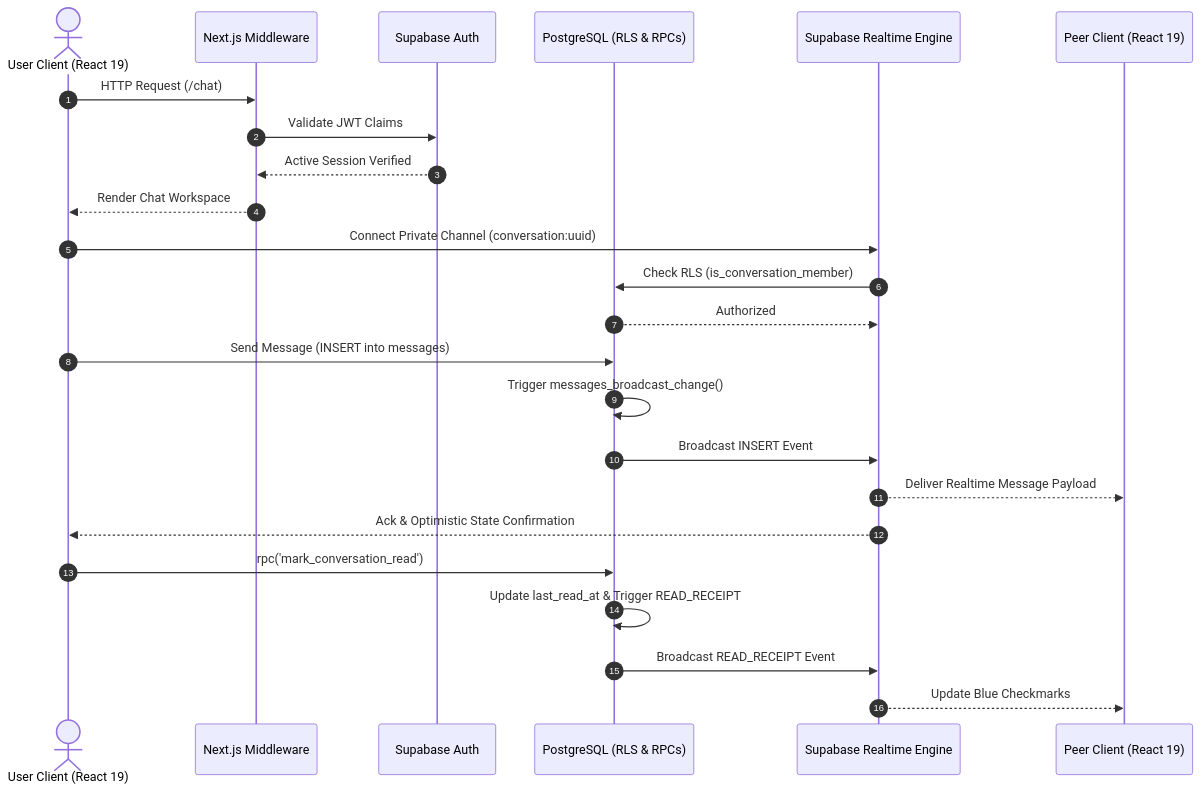
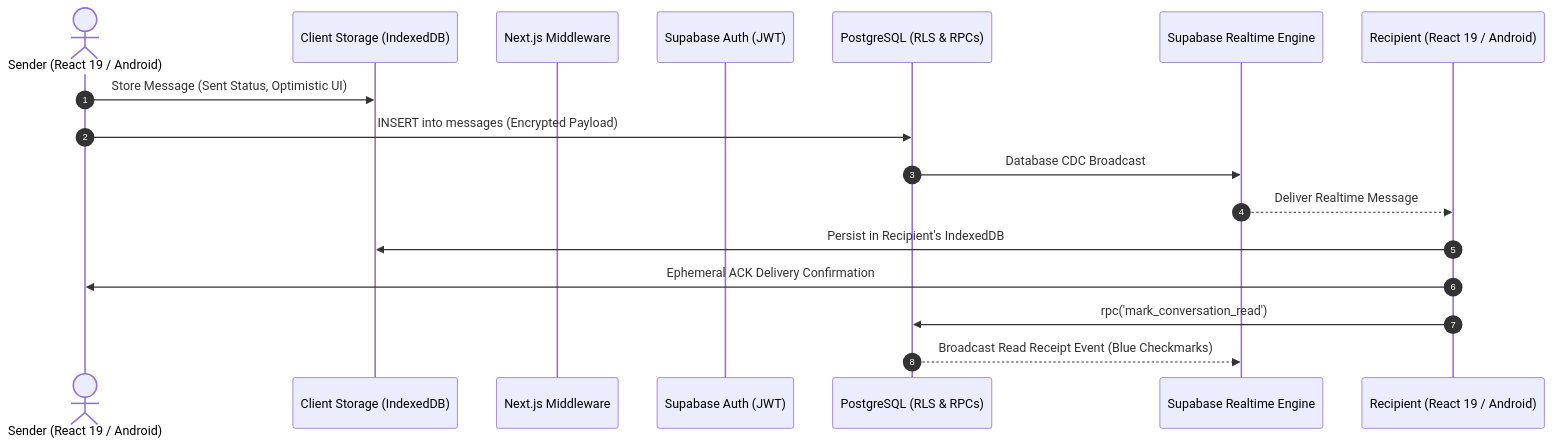
One commit to akashdebbarma06/Real-Time-Chat-Application changed the first of 2 diagrams in README.md. Above: the diagram before and after it, drawn with Mermaid. The commit also changed other lines of this file and 166 other files, not shown here.

Commit message:
feat: complete local-first architecture, mobile navigation, permissions, CI/CD, and docs

````diff
--- a/README.md
+++ b/README.md
@@ -18,30 +52,20 @@
 ```mermaid
 sequenceDiagram
     autonumber
-    actor User as User Client (React 19)
+    actor User as Sender (React 19 / Android)
+    participant ClientDB as Client Storage (IndexedDB)
     participant MW as Next.js Middleware
-    participant Auth as Supabase Auth
+    participant Auth as Supabase Auth (JWT)
     participant DB as PostgreSQL (RLS & RPCs)
     participant RT as Supabase Realtime Engine
-    participant Peer as Peer Client (React 19)
+    participant Peer as Recipient (React 19 / Android)
 
-    User->>MW: HTTP Request (/chat)
-    MW->>Auth: Validate JWT Claims
-    Auth-->>MW: Active Session Verified
-    MW-->>User: Render Chat Workspace
-
-    User->>RT: Connect Private Channel (conversation:uuid)
-    RT->>DB: Check RLS (is_conversation_member)
-    DB-->>RT: Authorized
-
-    User->>DB: Send Message (INSERT into messages)
-    DB->>DB: Trigger messages_broadcast_change()
-    DB->>RT: Broadcast INSERT Event
-    RT-->>Peer: Deliver Realtime Message Payload
-    RT-->>User: Ack & Optimistic State Confirmation
-
-    User->>DB: rpc('mark_conversation_read')
-    DB->>DB: Update last_read_at & Trigger READ_RECEIPT
-    DB->>RT: Broadcast READ_RECEIPT Event
-    RT-->>Peer: Update Blue Checkmarks
+    User->>ClientDB: Store Message (Sent Status, Optimistic UI)
+    User->>DB: INSERT into messages (Encrypted Payload)
+    DB->>RT: Database CDC Broadcast
+    RT-->>Peer: Deliver Realtime Message
+    Peer->>ClientDB: Persist in Recipient's IndexedDB
+    Peer->>User: Ephemeral ACK Delivery Confirmation
+    Peer->>DB: rpc('mark_conversation_read')
+    DB-->>RT: Broadcast Read Receipt Event (Blue Checkmarks)
 ```
````
